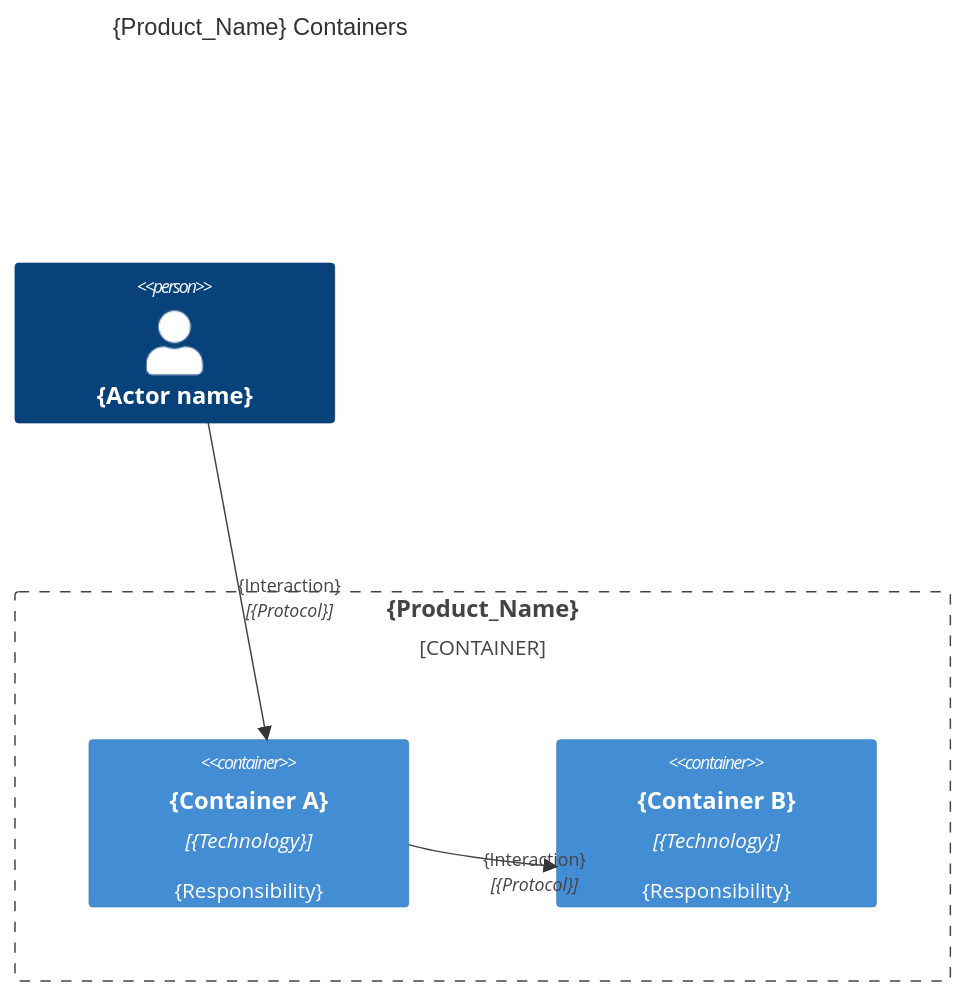
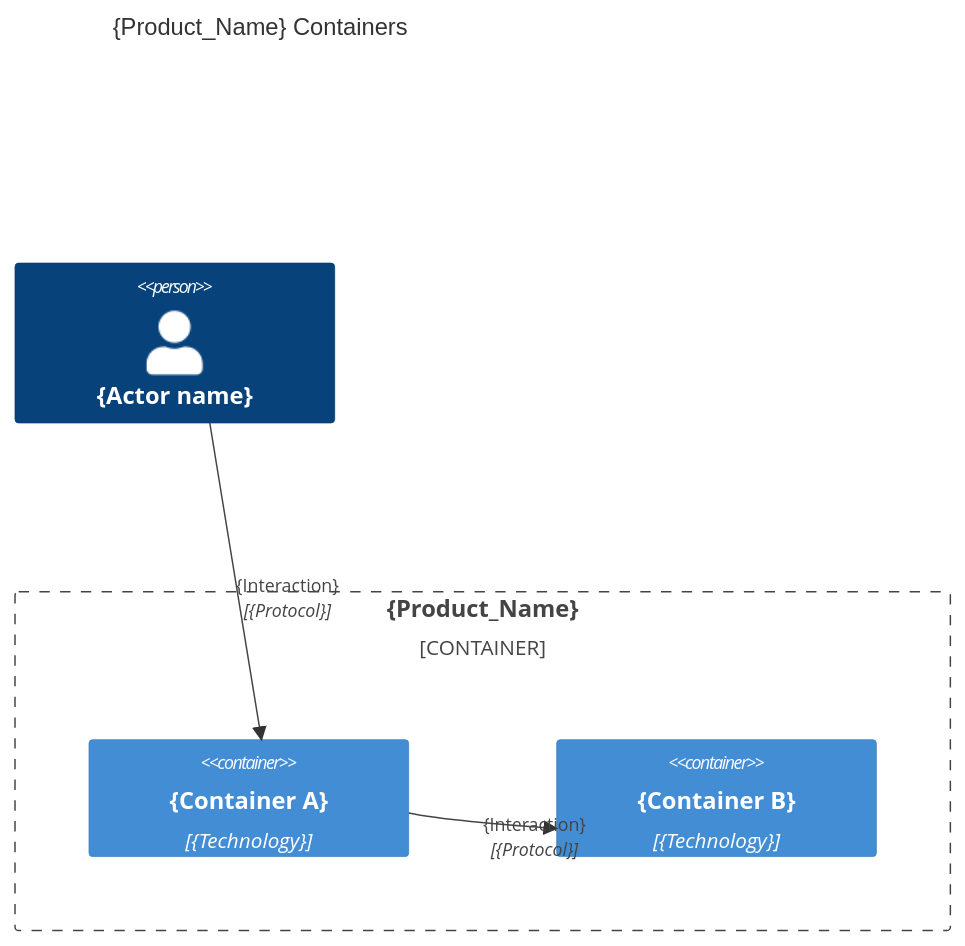
The diagram in labs/medium/establish/system.arch.template.md (AIDDbot/AIDDbot), drawn with Mermaid before and after one commit. The commit also changed other lines of this file and 28 other files, not shown here.

````diff
--- a/labs/medium/establish/system.arch.template.md
+++ b/labs/medium/establish/system.arch.template.md
@@ -11,14 +11,14 @@
 ```mermaid
 C4Container
   title {Product_Name} Containers
 
   Person(actor_id, "{Actor name}")
 
   Container_Boundary(system_id, "{Product_Name}") {
-    Container(container_a, "{Container A}", "{Technology}", "{Responsibility}")
-    Container(container_b, "{Container B}", "{Technology}", "{Responsibility}")
+    Container(container_a, "{Container A}", "{Technology}")
+    Container(container_b, "{Container B}", "{Technology}")
   }
 
   Rel(actor_id, container_a, "{Interaction}", "{Protocol}")
   Rel(container_a, container_b, "{Interaction}", "{Protocol}")
 ```
````
